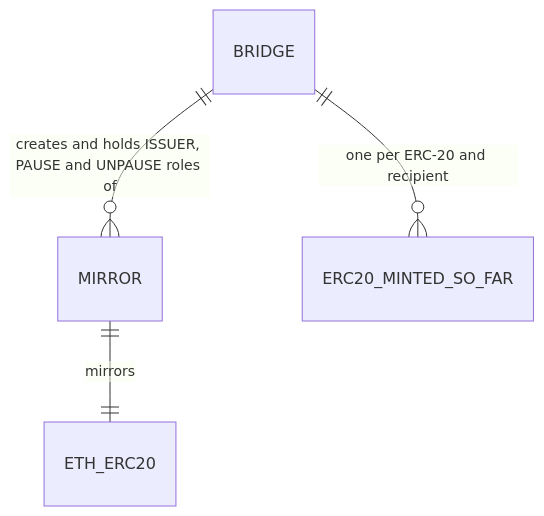
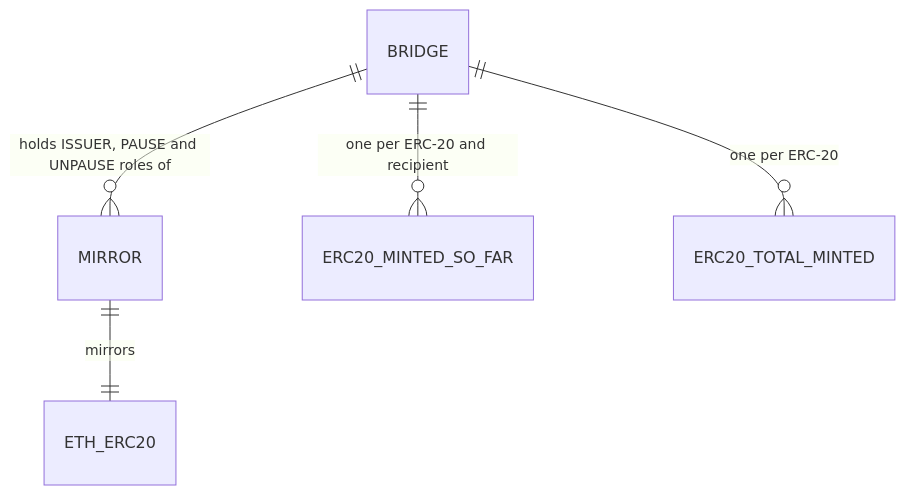
Before and after one commit to Nori-zk/nori-tempo-sdk: the third of 3 diagrams in README.md, drawn with Mermaid. The commit also changed other lines of this file and 40 other files, not shown here.

````diff
--- a/README.md
+++ b/README.md
@@ -267,6 +275,7 @@
 ```mermaid
 erDiagram
-    BRIDGE ||--o{ MIRROR : "creates and holds ISSUER, PAUSE and UNPAUSE roles of"
+    BRIDGE ||--o{ MIRROR : "holds ISSUER, PAUSE and UNPAUSE roles of"
     MIRROR ||--|| ETH_ERC20 : "mirrors"
     BRIDGE ||--o{ ERC20_MINTED_SO_FAR : "one per ERC-20 and recipient"
+    BRIDGE ||--o{ ERC20_TOTAL_MINTED : "one per ERC-20"
 ```
````
